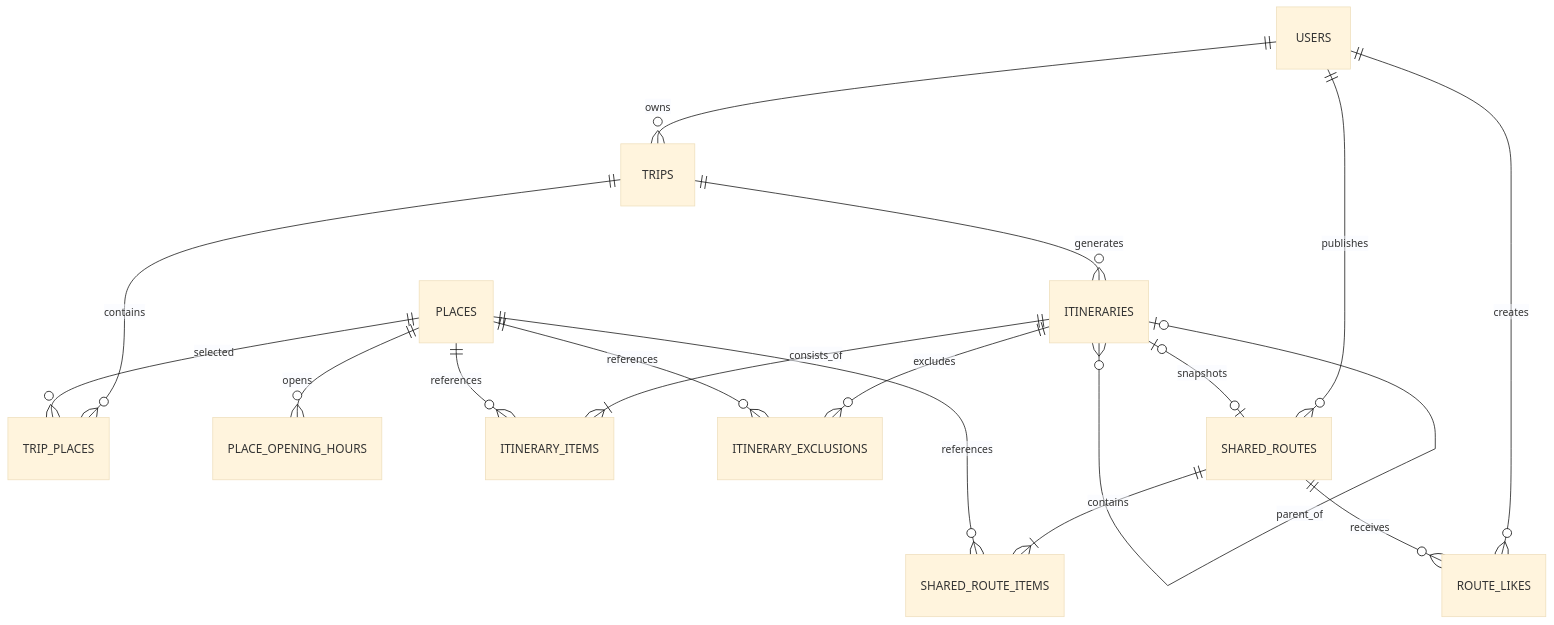
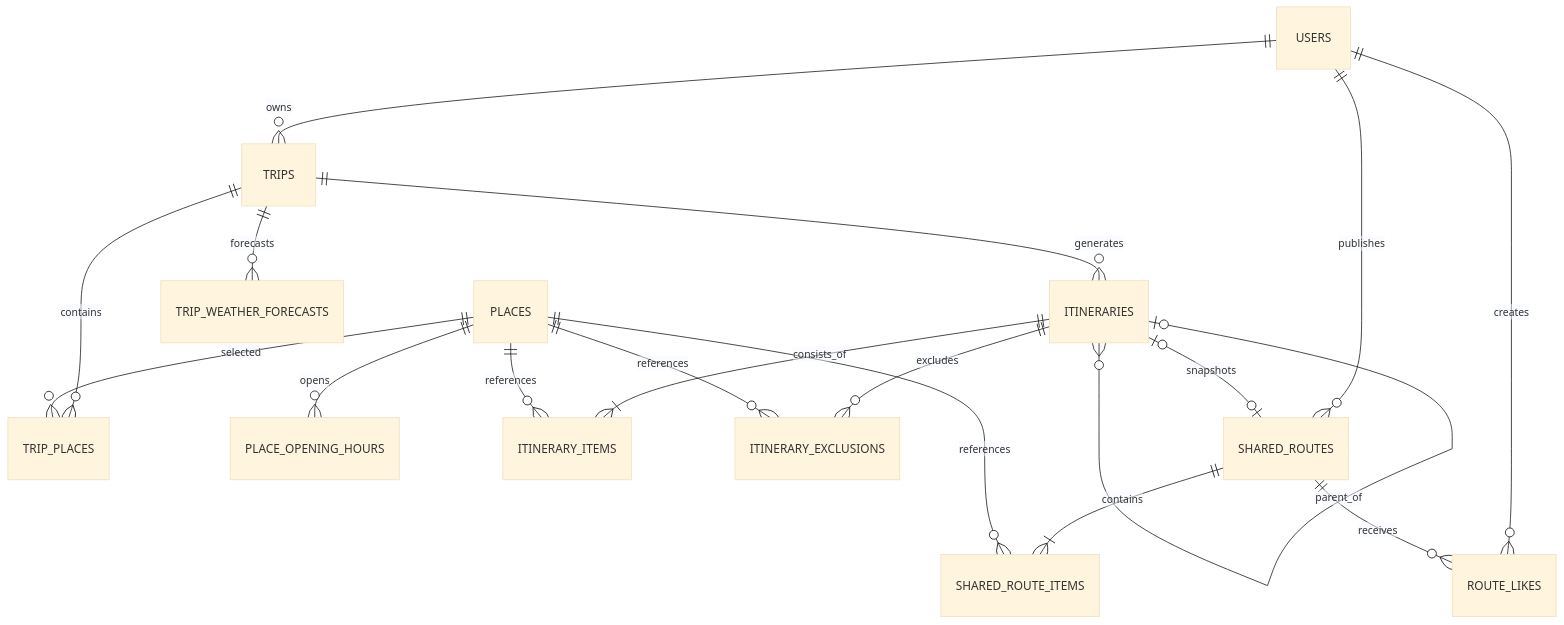
Before and after one commit to sungjuun/RoutePlan: the second of 2 diagrams in README.md, drawn with Mermaid (base theme). The commit also changed other lines of this file and 39 other files, not shown here.

````diff
--- a/README.md
+++ b/README.md
@@ -238,19 +248,20 @@
 ```mermaid
 erDiagram
     USERS ||--o{ TRIPS : owns
     TRIPS ||--o{ TRIP_PLACES : contains
     PLACES ||--o{ TRIP_PLACES : selected
     PLACES ||--o{ PLACE_OPENING_HOURS : opens
+    TRIPS ||--o{ TRIP_WEATHER_FORECASTS : forecasts
     TRIPS ||--o{ ITINERARIES : generates
     ITINERARIES o|--o{ ITINERARIES : parent_of
     ITINERARIES ||--|{ ITINERARY_ITEMS : consists_of
     ITINERARIES ||--o{ ITINERARY_EXCLUSIONS : excludes
     PLACES ||--o{ ITINERARY_ITEMS : references
     PLACES ||--o{ ITINERARY_EXCLUSIONS : references
     USERS ||--o{ SHARED_ROUTES : publishes
     ITINERARIES o|--o| SHARED_ROUTES : snapshots
     SHARED_ROUTES ||--|{ SHARED_ROUTE_ITEMS : contains
     PLACES ||--o{ SHARED_ROUTE_ITEMS : references
     USERS ||--o{ ROUTE_LIKES : creates
     SHARED_ROUTES ||--o{ ROUTE_LIKES : receives
 ```
````
